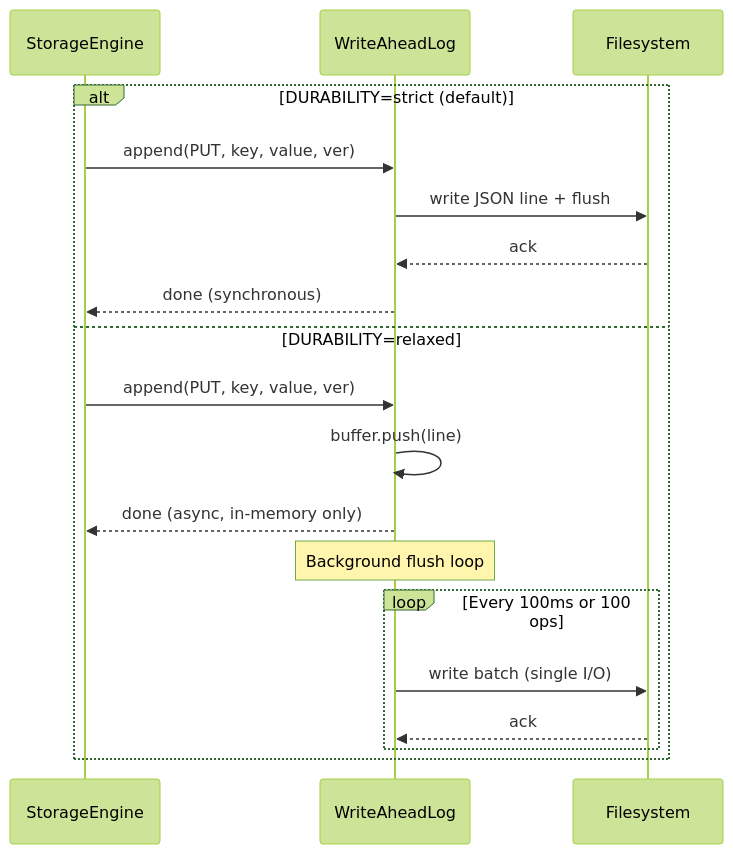
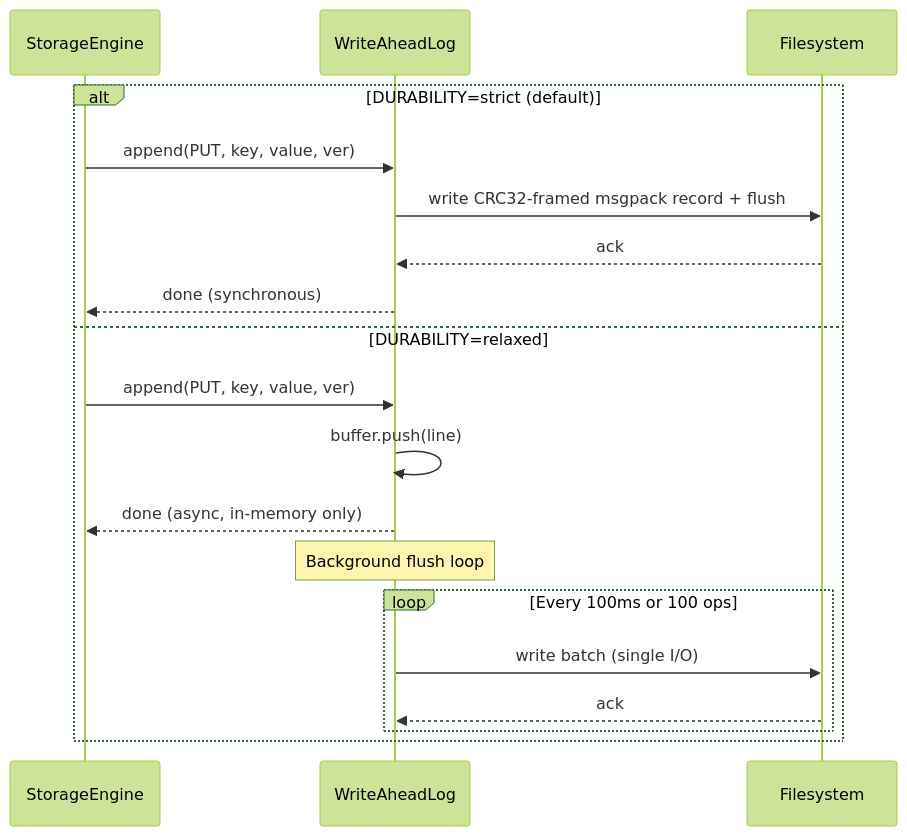
Before and after one commit to Ajayvardhanreddy/distributed-kv-store: the seventh of 8 diagrams in DESIGN.md, drawn with Mermaid (forest theme). The commit also changed other lines of this file and 2 other files, not shown here.

First line of the commit message:
docs: redesign README, fix stale doc references, add v2 roadmap

````diff
--- a/DESIGN.md
+++ b/DESIGN.md
@@ -188,23 +188,23 @@
 ```mermaid
 sequenceDiagram
     participant App as StorageEngine
     participant WAL as WriteAheadLog
     participant Disk as Filesystem
 
     alt DURABILITY=strict (default)
         App->>WAL: append(PUT, key, value, ver)
-        WAL->>Disk: write JSON line + flush
+        WAL->>Disk: write CRC32-framed msgpack record + flush
         Disk-->>WAL: ack
         WAL-->>App: done (synchronous)
     else DURABILITY=relaxed
         App->>WAL: append(PUT, key, value, ver)
         WAL->>WAL: buffer.push(line)
         WAL-->>App: done (async, in-memory only)
         
         Note over WAL: Background flush loop
         loop Every 100ms or 100 ops
             WAL->>Disk: write batch (single I/O)
             Disk-->>WAL: ack
         end
     end
 ```
````
